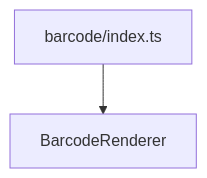
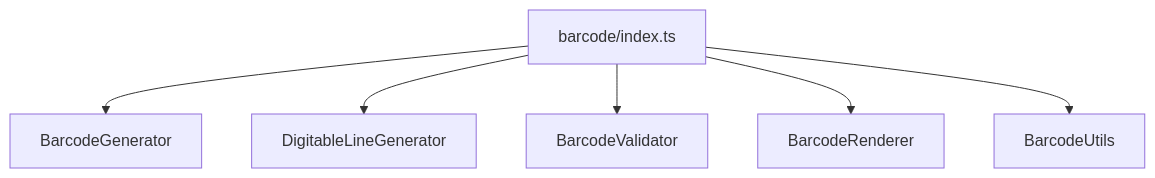
Before and after one commit to linkiez/BoletoSDK: the diagram in src/generators/barcode/index.doc.md, drawn with Mermaid. The commit also changed other lines of this file and 12 other files, not shown here.

````diff
--- a/src/generators/barcode/index.doc.md
+++ b/src/generators/barcode/index.doc.md
@@ -24,4 +28,8 @@
 ```mermaid
 flowchart TD
-  A[barcode/index.ts] --> B[BarcodeRenderer]
+  A[barcode/index.ts] --> B[BarcodeGenerator]
+  A --> C[DigitableLineGenerator]
+  A --> D[BarcodeValidator]
+  A --> E[BarcodeRenderer]
+  A --> F[BarcodeUtils]
 ```
````
